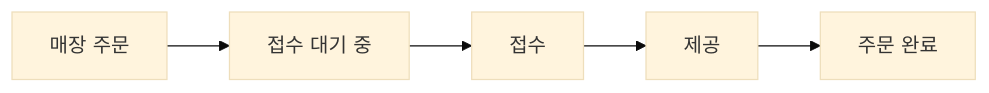
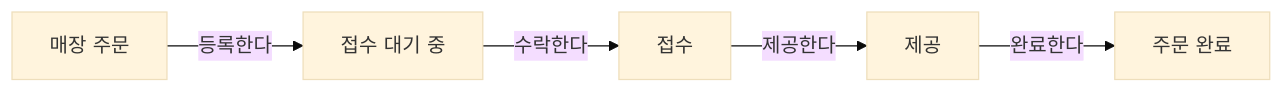
Before and after one commit to wsdf25867/ddd-strategic-design: the third of 3 diagrams in README.md, drawn with Mermaid (base theme). The commit also changed other lines of this file, not shown here.

````diff
--- a/README.md
+++ b/README.md
@@ -269,4 +268,4 @@
 ```mermaid
 flowchart LR
-    eatInOrder[매장 주문] --> waiting[접수 대기 중] --> accepted[접수] --> served[제공] --> completed[주문 완료]
+    eatInOrder[매장 주문] -- 등록한다 --> waiting[접수 대기 중] -- 수락한다 --> accepted[접수] -- 제공한다 --> served[제공] -- 완료한다 --> completed[주문 완료]
 ```
````
